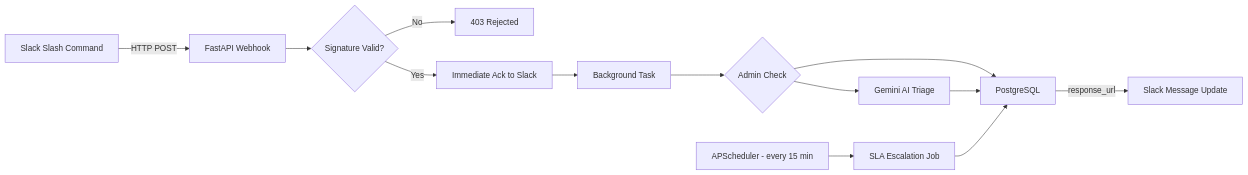
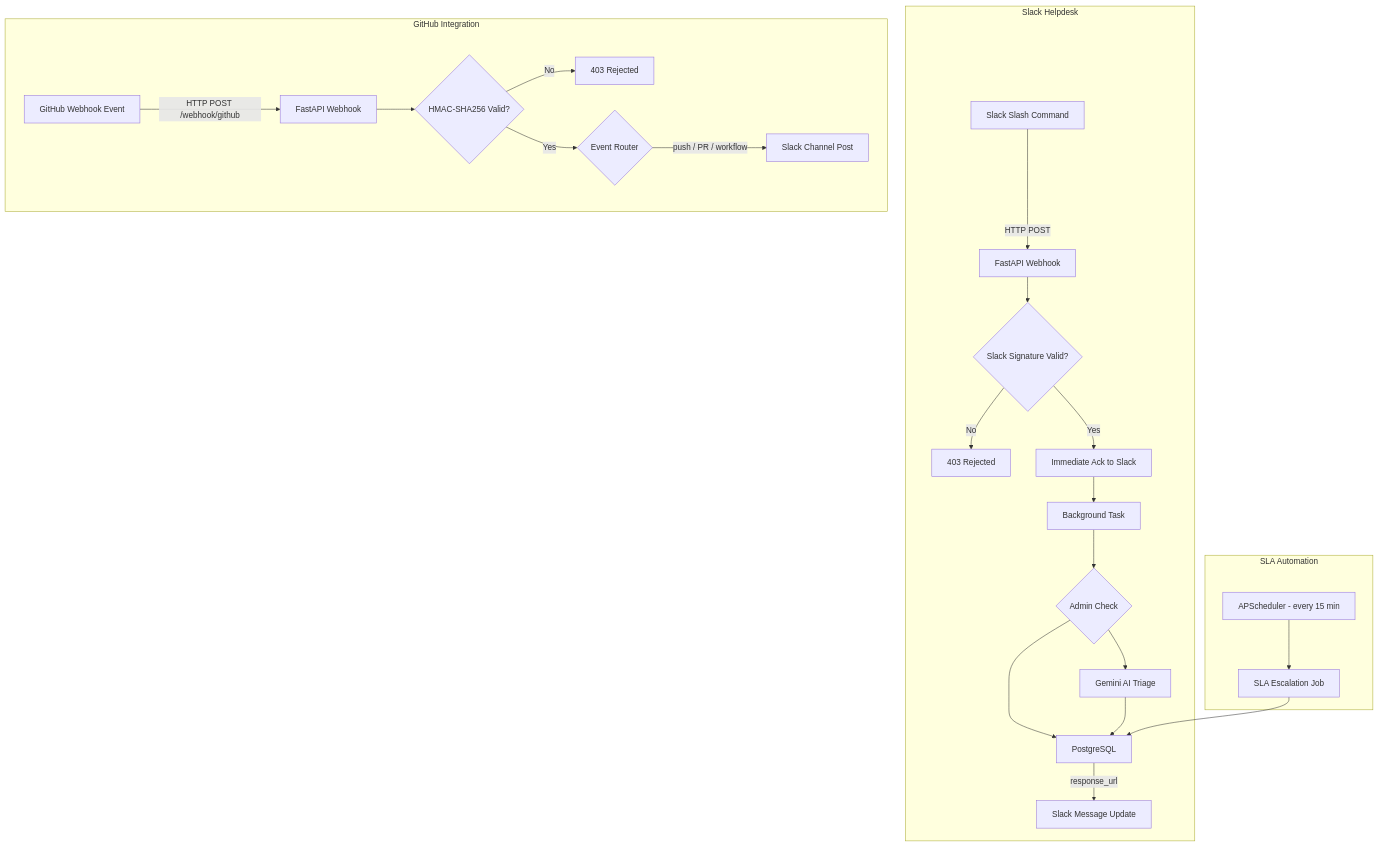
One commit to Jairamhegde/ResolveOps changed the diagram in Readme.md. Above: the diagram before and after it, drawn with Mermaid. The commit also changed other lines of this file and 4 other files, not shown here.

Commit message:
fix: resolve GitHub webhook 500 errors and improve logging

````diff
--- a/Readme.md
+++ b/Readme.md
@@ -25,16 +29,28 @@
 ```mermaid
-flowchart LR
-    A[Slack Slash Command] -->|HTTP POST| B[FastAPI Webhook]
-    B --> C{Signature Valid?}
-    C -- No --> X[403 Rejected]
-    C -- Yes --> D[Immediate Ack to Slack]
-    D --> E[Background Task]
-    E --> F{Admin Check}
-    F --> G[Gemini AI Triage]
-    F --> H[PostgreSQL]
-    G --> H
-    H -->|response_url| I[Slack Message Update]
+flowchart TD
+    subgraph Slack Helpdesk
+        A[Slack Slash Command] -->|HTTP POST| B[FastAPI Webhook]
+        B --> C{Slack Signature Valid?}
+        C -- No --> X1[403 Rejected]
+        C -- Yes --> D[Immediate Ack to Slack]
+        D --> E[Background Task]
+        E --> F{Admin Check}
+        F --> G[Gemini AI Triage]
+        F --> H[PostgreSQL]
+        G --> H
+        H -->|response_url| I[Slack Message Update]
+    end
 
-    J[APScheduler - every 15 min] --> K[SLA Escalation Job]
-    K --> H
+    subgraph GitHub Integration
+        GH[GitHub Webhook Event] -->|HTTP POST /webhook/github| GHW[FastAPI Webhook]
+        GHW --> GHV{HMAC-SHA256 Valid?}
+        GHV -- No --> X2[403 Rejected]
+        GHV -- Yes --> GHP{Event Router}
+        GHP -->|push / PR / workflow| SC[Slack Channel Post]
+    end
+
+    subgraph SLA Automation
+        J[APScheduler - every 15 min] --> K[SLA Escalation Job]
+        K --> H
+    end
 ```
````
